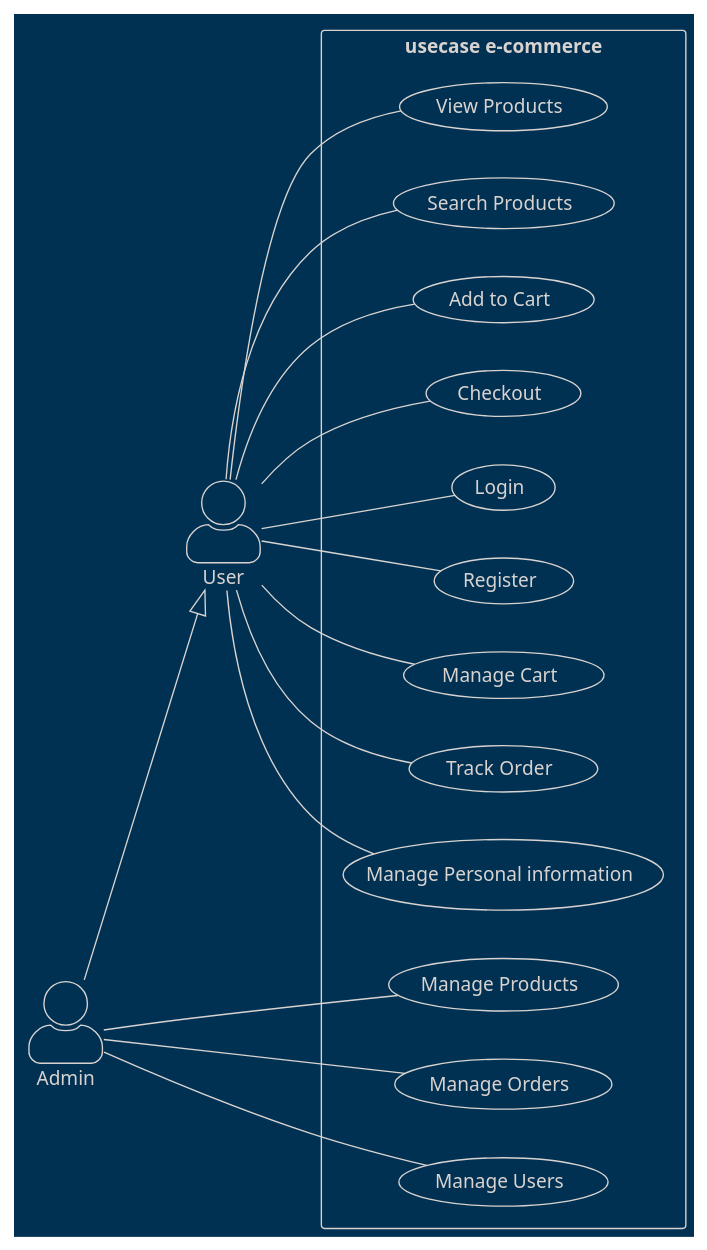
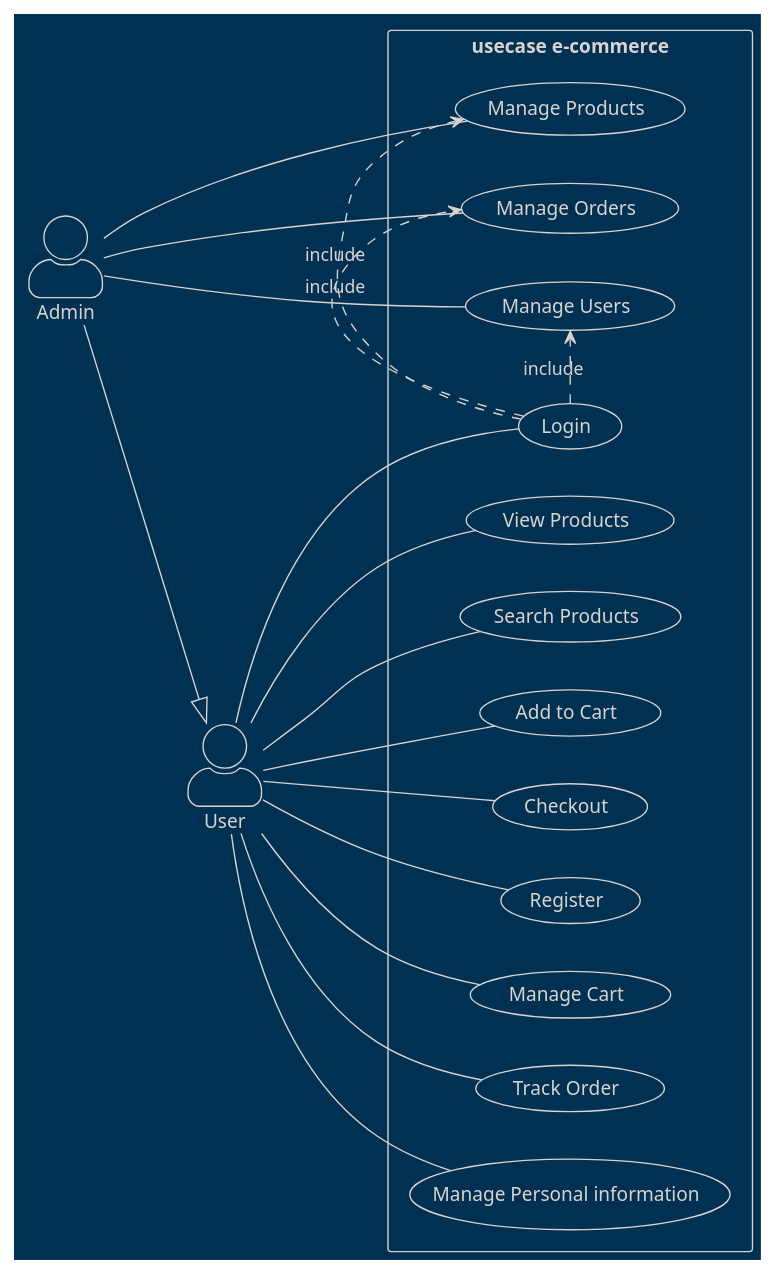
One commit to Pixeloceax/HarmonyHeaven changed the diagram in diagram/useCase/user.wsd. Above: the diagram before and after it, drawn with PlantUML.

Commit message:
diag: add include

```diff
--- a/diagram/useCase/user.wsd
+++ b/diagram/useCase/user.wsd
@@ -1,41 +1,45 @@
 @startuml usecase e-commerce
 left to right direction
 skinparam actorStyle awesome
 !theme blueprint
 actor User as U
 actor Admin as A
 
 rectangle "usecase e-commerce" {
 
     usecase "View Products" as UC1
     usecase "Search Products" as UC2
     usecase "Add to Cart" as UC3
     usecase "Checkout" as UC4
     usecase "Login" as UC5
     usecase "Register" as UC6
     usecase "Manage Cart" as UC7
     usecase "Track Order" as UC8
     usecase "Manage Personal information" as UC9
 
     usecase "Manage Products" as UCA1
     usecase "Manage Orders" as UCA2
     usecase "Manage Users" as UCA3
 
     U -- UC1
     U -- UC2
     U -- UC3
     U -- UC4
     U -- UC5
     U -- UC6
     U -- UC7
     U -- UC8
     U -- UC9
-  
-    A --|> U 
 
     A -- UCA1
     A -- UCA2
     A -- UCA3
+
+    A --|> U
+
+    (UC5) .> (UCA1) : include
+    (UC5) .> (UCA2) : include
+    (UC5) .> (UCA3) : include
 }
 
 @enduml
```
